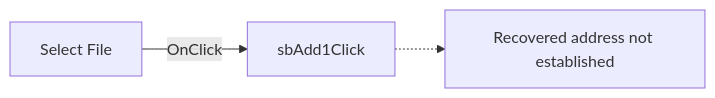
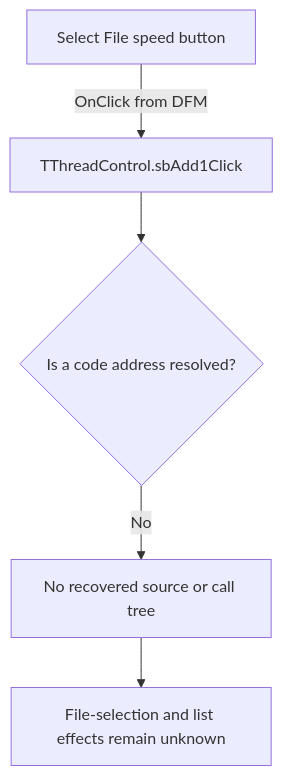
One commit to MovGP0/TIARA changed the diagram in docs/ui-controls/threadcontrol/sbadd1-6792e2fc7e.md. Above: the diagram before and after it, drawn with Mermaid. The commit also changed other lines of this file and 1062 other files, not shown here.

````diff
--- a/docs/ui-controls/threadcontrol/sbadd1-6792e2fc7e.md
+++ b/docs/ui-controls/threadcontrol/sbadd1-6792e2fc7e.md
@@ -27,5 +29,7 @@
 ```mermaid
-flowchart LR
-    control["Select File"] -->|OnClick| handler["sbAdd1Click"]
-    handler -.-> unresolved["Recovered address not established"]
+flowchart TD
+    control["Select File speed button"] -->|OnClick from DFM| binding["TThreadControl.sbAdd1Click"]
+    binding --> address{"Is a code address resolved?"}
+    address -->|No| gap["No recovered source or call tree"]
+    gap --> unknown["File-selection and list effects remain unknown"]
 ```
````
